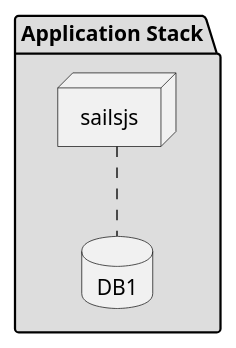
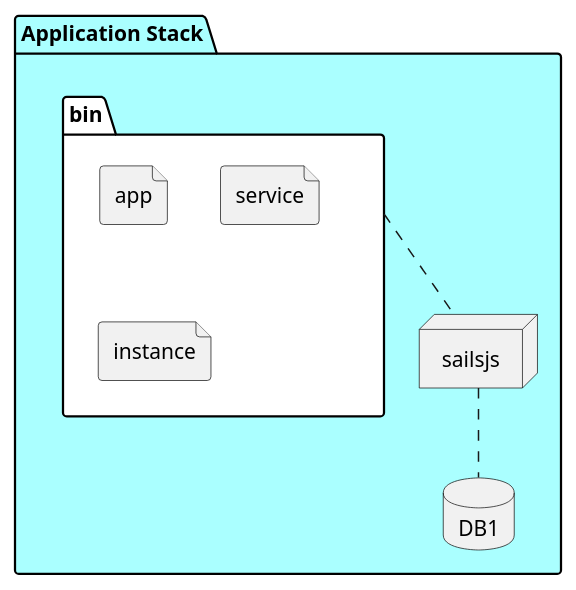
The diagram in docs/Solution/Application-Stack/Deployment.puml (CAADE/fleet), drawn with PlantUML before and after one commit. The commit also changed 14 other files, not shown here.

Commit message:
Document Application Stack

```diff
--- a/docs/Solution/Application-Stack/Deployment.puml
+++ b/docs/Solution/Application-Stack/Deployment.puml
@@ -1,10 +1,16 @@
 @startuml
 
-package  "Application Stack" #dddddd {
+package  "Application Stack" #aaffff {
+  folder bin #ffffff {
+    file app
+    file service
+    file instance
+  }
   node sailsjs
   database DB1
 
   sailsjs .. DB1
+  bin .. sailsjs
 }
 
 @enduml
```
